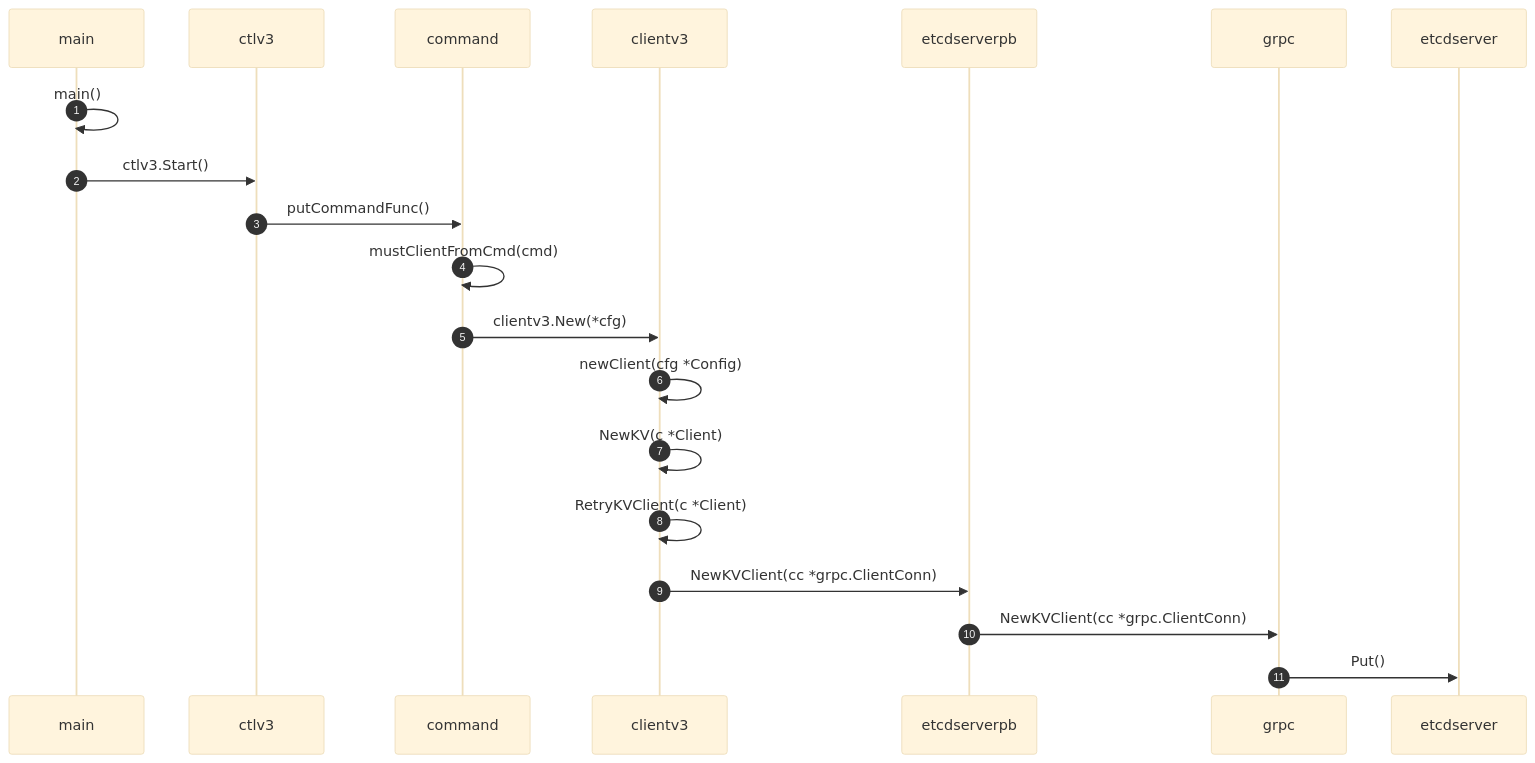
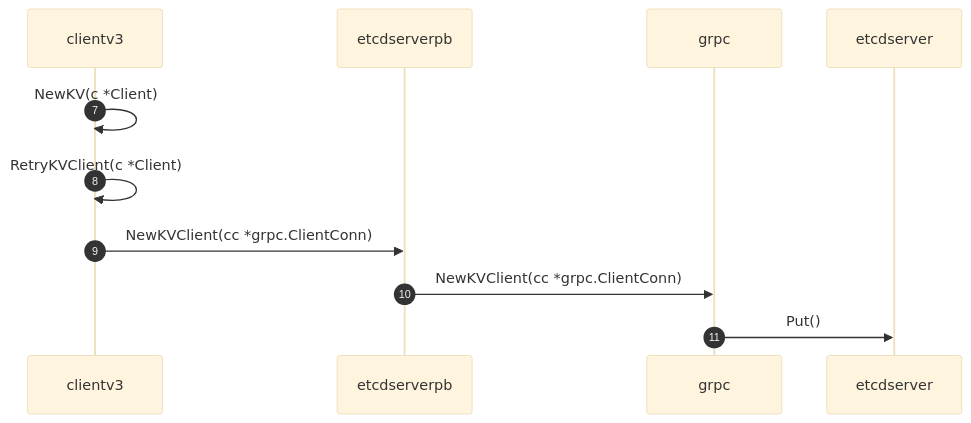
Before and after one commit to kangxiaoning/kangxiaoning.github.io: the seventh of 10 diagrams in Writerside/topics/etcd/etcd-watch.md, drawn with Mermaid (base theme).

Commit message:
rebuilding site

````diff
--- a/Writerside/topics/etcd/etcd-watch.md
+++ b/Writerside/topics/etcd/etcd-watch.md
@@ -1323,15 +1336,9 @@
 ```mermaid
 sequenceDiagram
-    autonumber
-    main->>main: main()
-    main->>ctlv3: ctlv3.Start()
-    ctlv3->>command: putCommandFunc()
-    command->>command: mustClientFromCmd(cmd)
-    command->>clientv3: clientv3.New(*cfg)
-    clientv3->>clientv3: newClient(cfg *Config)
+    autonumber 7
     clientv3->>clientv3: NewKV(c *Client)
     clientv3->>clientv3: RetryKVClient(c *Client)
     clientv3->>etcdserverpb: NewKVClient(cc *grpc.ClientConn)
     etcdserverpb->>grpc: NewKVClient(cc *grpc.ClientConn)
     grpc->>etcdserver: Put()
 ```
````
